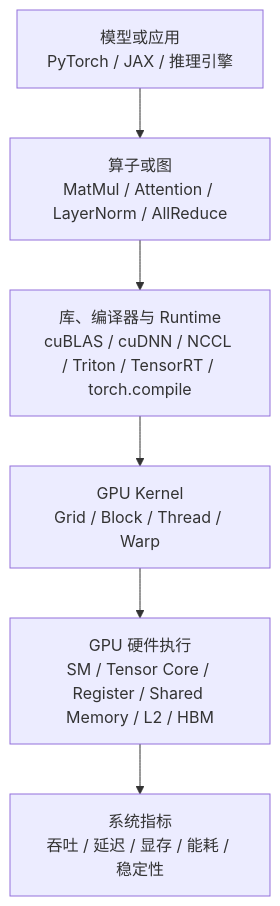
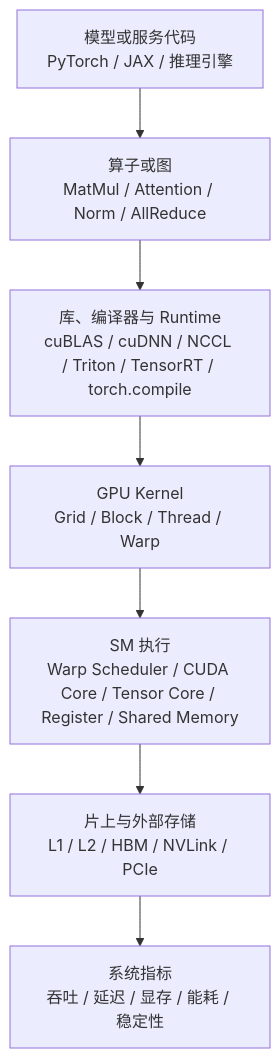
One commit to AmourSec/aikg changed the first of 3 diagrams in docs/12-hardware-basics/gpu-architecture-basics.md. Above: the diagram before and after it, drawn with Mermaid. The commit also changed other lines of this file and 6 other files, not shown here.

Commit message:
Expand GPU architecture basics with official diagrams

````diff
--- a/docs/12-hardware-basics/gpu-architecture-basics.md
+++ b/docs/12-hardware-basics/gpu-architecture-basics.md
@@ -23,8 +57,9 @@
 ```mermaid
 flowchart TB
-  A["模型或应用\nPyTorch / JAX / 推理引擎"] --> B["算子或图\nMatMul / Attention / LayerNorm / AllReduce"]
+  A["模型或服务代码\nPyTorch / JAX / 推理引擎"] --> B["算子或图\nMatMul / Attention / Norm / AllReduce"]
   B --> C["库、编译器与 Runtime\ncuBLAS / cuDNN / NCCL / Triton / TensorRT / torch.compile"]
   C --> D["GPU Kernel\nGrid / Block / Thread / Warp"]
-  D --> E["GPU 硬件执行\nSM / Tensor Core / Register / Shared Memory / L2 / HBM"]
-  E --> F["系统指标\n吞吐 / 延迟 / 显存 / 能耗 / 稳定性"]
+  D --> E["SM 执行\nWarp Scheduler / CUDA Core / Tensor Core / Register / Shared Memory"]
+  E --> F["片上与外部存储\nL1 / L2 / HBM / NVLink / PCIe"]
+  F --> G["系统指标\n吞吐 / 延迟 / 显存 / 能耗 / 稳定性"]
 ```
````
